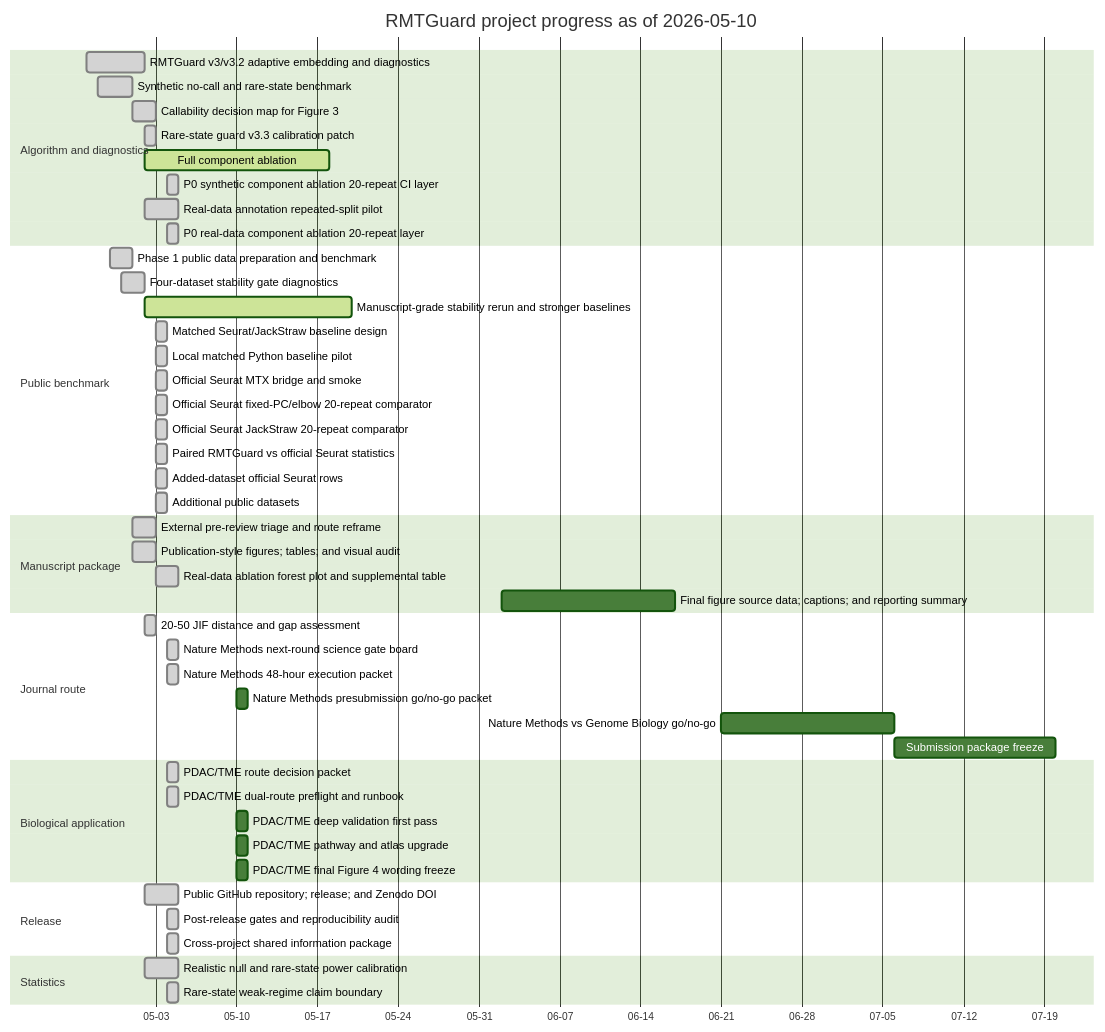
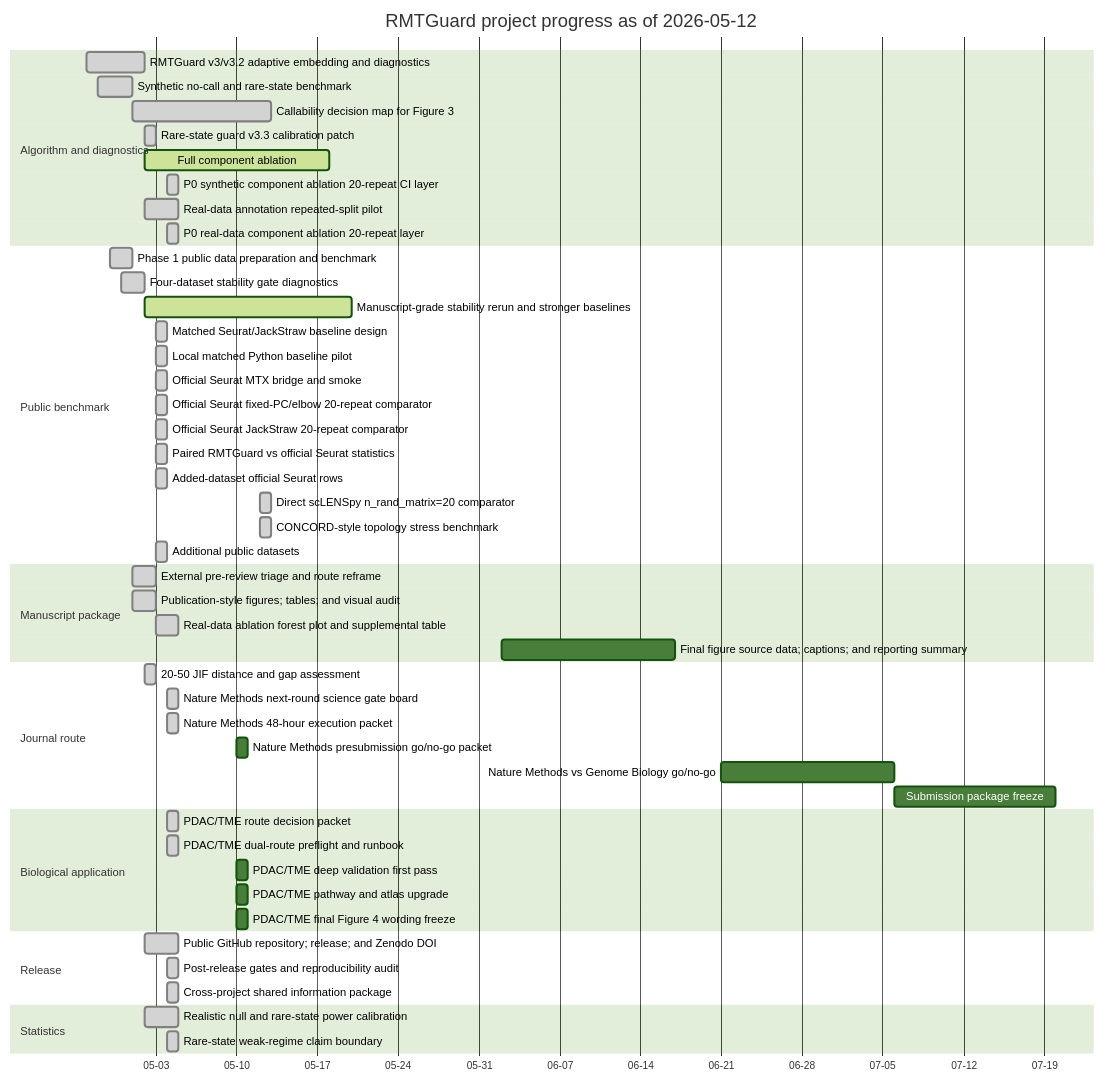
One commit to healthgreat/rmtguard changed the diagram in results/project_management/rmtguard_project_gantt.md. Above: the diagram before and after it, drawn with Mermaid (forest theme). The commit also changed other lines of this file and 20 other files, not shown here.

Commit message:
Add no-call decision map figure

````diff
--- a/results/project_management/rmtguard_project_gantt.md
+++ b/results/project_management/rmtguard_project_gantt.md
@@ -13,52 +13,54 @@
 ```mermaid
 gantt
-    title RMTGuard project progress as of 2026-05-10
+    title RMTGuard project progress as of 2026-05-12
     dateFormat  YYYY-MM-DD
     axisFormat  %m-%d
     section Algorithm and diagnostics
     RMTGuard v3/v3.2 adaptive embedding and diagnostics :done, T01, 2026-04-27, 5d
     Synthetic no-call and rare-state benchmark :done, T02, 2026-04-28, 3d
-    Callability decision map for Figure 3 :done, T03, 2026-05-01, 2d
+    Callability decision map for Figure 3 :done, T03, 2026-05-01, 12d
     Rare-state guard v3.3 calibration patch :done, T04, 2026-05-02, 1d
     Full component ablation :active, T18, 2026-05-02, 16d
     P0 synthetic component ablation 20-repeat CI layer :done, T19, 2026-05-04, 1d
     Real-data annotation repeated-split pilot :done, T20, 2026-05-02, 3d
     P0 real-data component ablation 20-repeat layer :done, T21, 2026-05-04, 1d
     section Public benchmark
     Phase 1 public data preparation and benchmark :done, T05, 2026-04-29, 2d
     Four-dataset stability gate diagnostics :done, T06, 2026-04-30, 2d
     Manuscript-grade stability rerun and stronger baselines :active, T17, 2026-05-02, 18d
     Matched Seurat/JackStraw baseline design :done, T23, 2026-05-03, 1d
     Local matched Python baseline pilot :done, T24, 2026-05-03, 1d
     Official Seurat MTX bridge and smoke :done, T25, 2026-05-03, 1d
     Official Seurat fixed-PC/elbow 20-repeat comparator :done, T26, 2026-05-03, 1d
     Official Seurat JackStraw 20-repeat comparator :done, T27, 2026-05-03, 1d
     Paired RMTGuard vs official Seurat statistics :done, T28, 2026-05-03, 1d
     Added-dataset official Seurat rows :done, T29, 2026-05-03, 1d
-    Additional public datasets :done, T33, 2026-05-03, 1d
+    Direct scLENSpy n_rand_matrix=20 comparator :done, T30, 2026-05-12, 1d
+    CONCORD-style topology stress benchmark :done, T31, 2026-05-12, 1d
+    Additional public datasets :done, T35, 2026-05-03, 1d
     section Manuscript package
     External pre-review triage and route reframe :done, T07, 2026-05-01, 2d
     Publication-style figures; tables; and visual audit :done, T08, 2026-05-01, 2d
     Real-data ablation forest plot and supplemental table :done, T22, 2026-05-03, 2d
-    Final figure source data; captions; and reporting summary :T34, 2026-06-02, 15d
+    Final figure source data; captions; and reporting summary :T36, 2026-06-02, 15d
     section Journal route
     20-50 JIF distance and gap assessment :done, T09, 2026-05-02, 1d
     Nature Methods next-round science gate board :done, T10, 2026-05-04, 1d
     Nature Methods 48-hour execution packet :done, T11, 2026-05-04, 1d
-    Nature Methods presubmission go/no-go packet :T37, 2026-05-10, 1d
-    Nature Methods vs Genome Biology go/no-go :T38, 2026-06-21, 15d
-    Submission package freeze :T39, 2026-07-06, 14d
+    Nature Methods presubmission go/no-go packet :T39, 2026-05-10, 1d
+    Nature Methods vs Genome Biology go/no-go :T40, 2026-06-21, 15d
+    Submission package freeze :T41, 2026-07-06, 14d
     section Biological application
     PDAC/TME route decision packet :done, T12, 2026-05-04, 1d
     PDAC/TME dual-route preflight and runbook :done, T13, 2026-05-04, 1d
-    PDAC/TME deep validation first pass :T30, 2026-05-10, 1d
-    PDAC/TME pathway and atlas upgrade :T31, 2026-05-10, 1d
-    PDAC/TME final Figure 4 wording freeze :T32, 2026-05-10, 1d
+    PDAC/TME deep validation first pass :T32, 2026-05-10, 1d
+    PDAC/TME pathway and atlas upgrade :T33, 2026-05-10, 1d
+    PDAC/TME final Figure 4 wording freeze :T34, 2026-05-10, 1d
     section Release
     Public GitHub repository; release; and Zenodo DOI :done, T14, 2026-05-02, 3d
-    Post-release gates and reproducibility audit :done, T35, 2026-05-04, 1d
-    Cross-project shared information package :done, T36, 2026-05-04, 1d
+    Post-release gates and reproducibility audit :done, T37, 2026-05-04, 1d
+    Cross-project shared information package :done, T38, 2026-05-04, 1d
     section Statistics
     Realistic null and rare-state power calibration :done, T15, 2026-05-02, 3d
     Rare-state weak-regime claim boundary :done, T16, 2026-05-04, 1d
 ```
````
